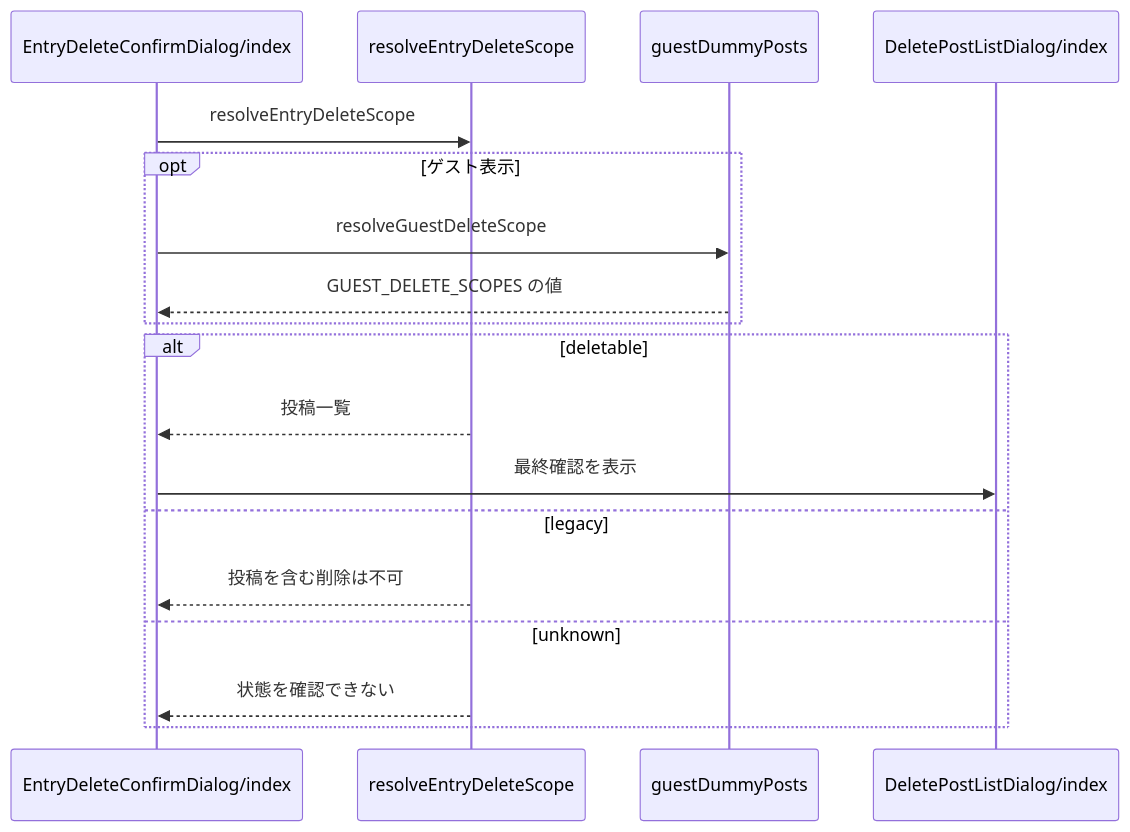
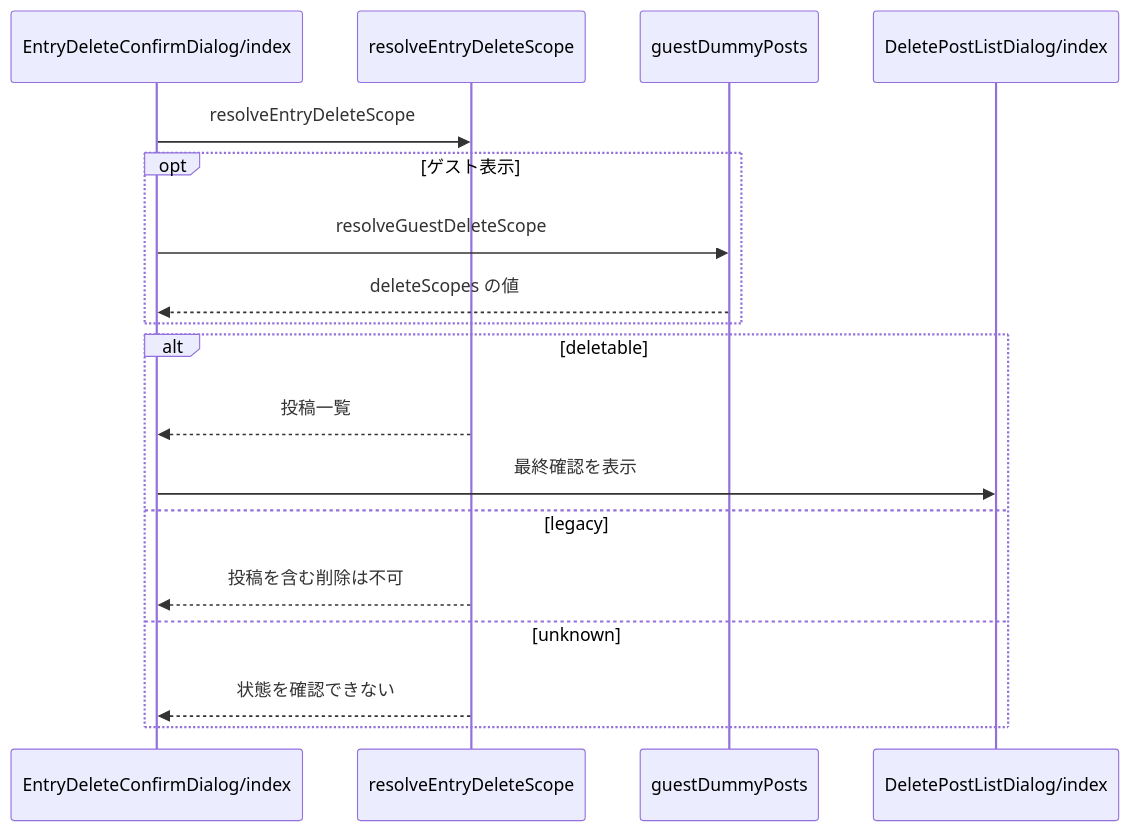
Before and after one commit to nekono-dev/skyshare: the second of 2 diagrams in .kiro/specs/entry-delete-dialog/design.md, drawn with Mermaid. The commit also changed other lines of this file and 57 other files, not shown here.

````diff
--- a/.kiro/specs/entry-delete-dialog/design.md
+++ b/.kiro/specs/entry-delete-dialog/design.md
@@ -79,20 +79,20 @@
 ```mermaid
 sequenceDiagram
   participant edc as EntryDeleteConfirmDialog/index
   participant resolveEntryDeleteScope
   participant guestDummyPosts
   participant dpl as DeletePostListDialog/index
   edc->>resolveEntryDeleteScope: resolveEntryDeleteScope
   opt ゲスト表示
     edc->>guestDummyPosts: resolveGuestDeleteScope
-    guestDummyPosts-->>edc: GUEST_DELETE_SCOPES の値
+    guestDummyPosts-->>edc: deleteScopes の値
   end
   alt deletable
     resolveEntryDeleteScope-->>edc: 投稿一覧
     edc->>dpl: 最終確認を表示
   else legacy
     resolveEntryDeleteScope-->>edc: 投稿を含む削除は不可
   else unknown
     resolveEntryDeleteScope-->>edc: 状態を確認できない
   end
 ```
````
